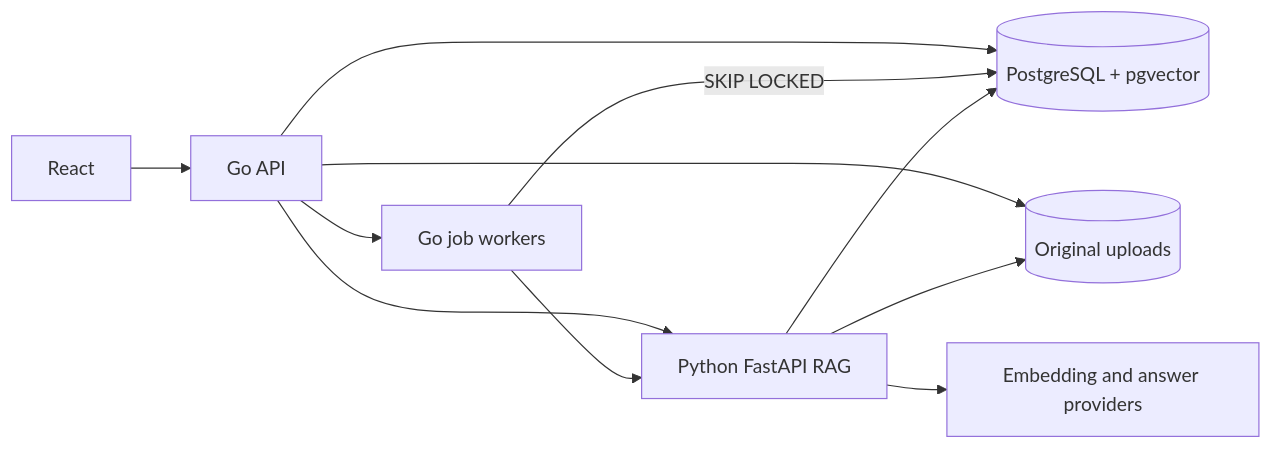
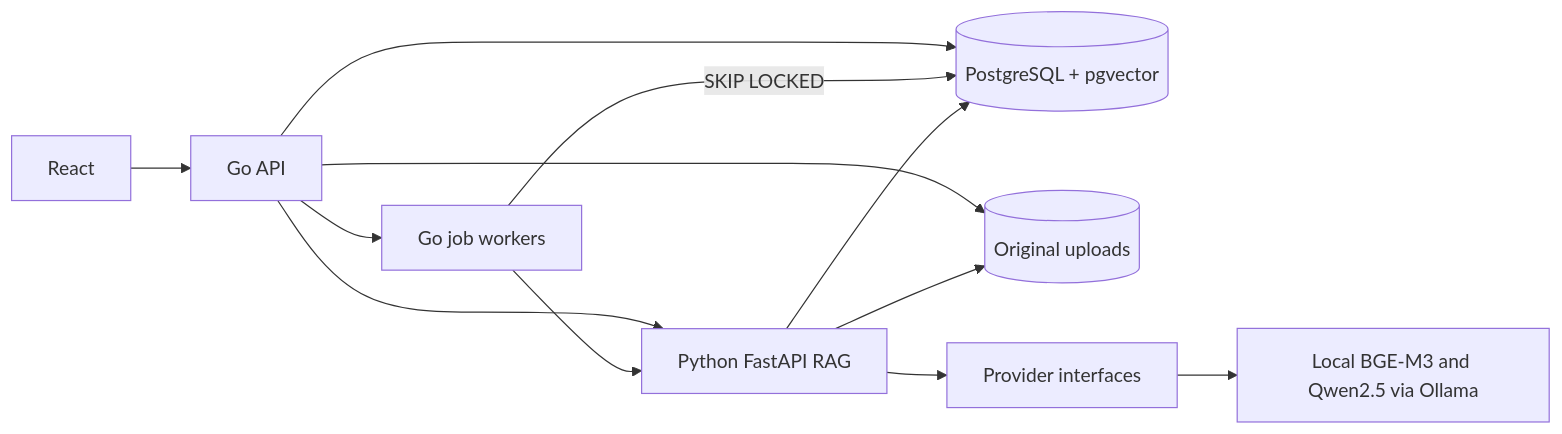
Before and after one commit to vmc6g8p2tk-lab/enterprise-ai-knowledge-platform: the diagram in README.md, drawn with Mermaid. The commit also changed other lines of this file and 8 other files, not shown here.

````diff
--- a/README.md
+++ b/README.md
@@ -51,13 +71,14 @@
 ```mermaid
 flowchart LR
     UI[React] --> API[Go API]
     API --> DB[(PostgreSQL + pgvector)]
     API --> Volume[(Original uploads)]
     API --> RAG[Python FastAPI RAG]
     API --> Workers[Go job workers]
     Workers -->|SKIP LOCKED| DB
     Workers --> RAG
     RAG --> Volume
     RAG --> DB
-    RAG --> Providers[Embedding and answer providers]
+    RAG --> Providers[Provider interfaces]
+    Providers --> Ollama[Local BGE-M3 and Qwen2.5 via Ollama]
 ```
````
